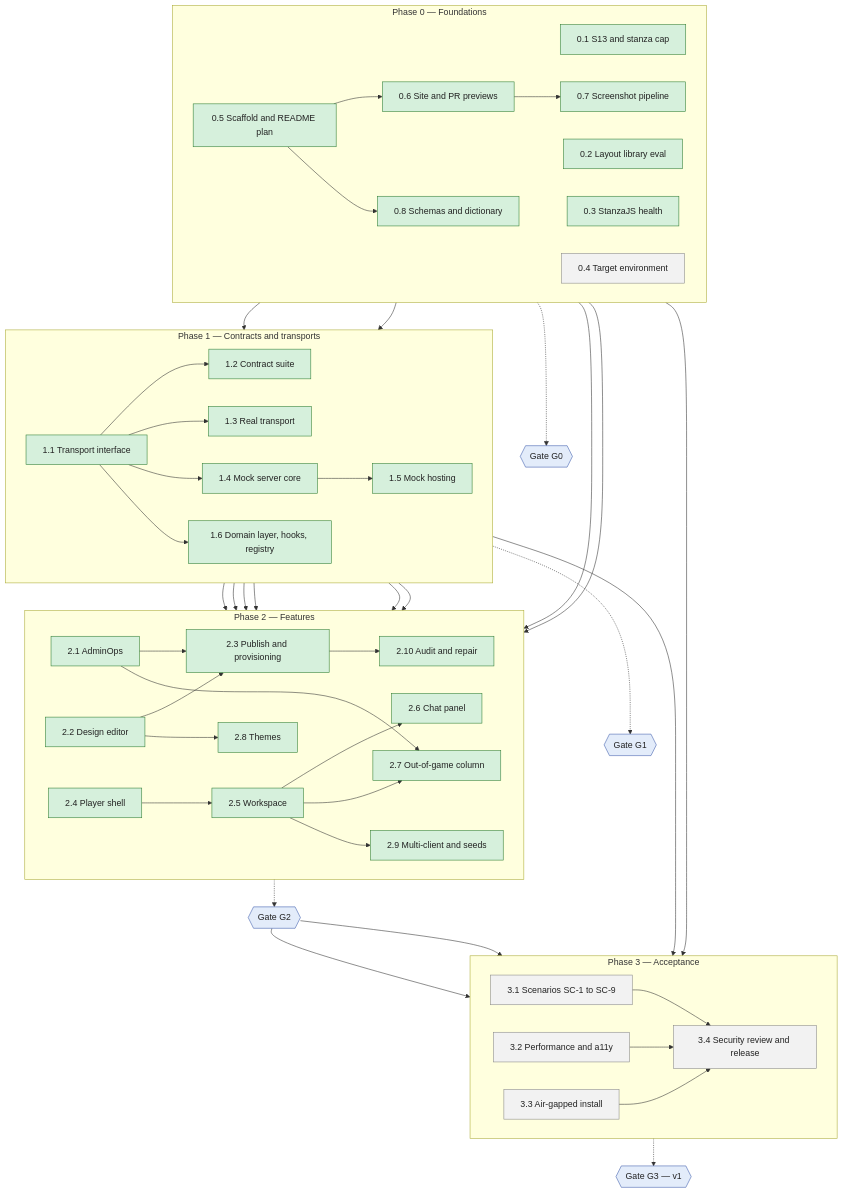
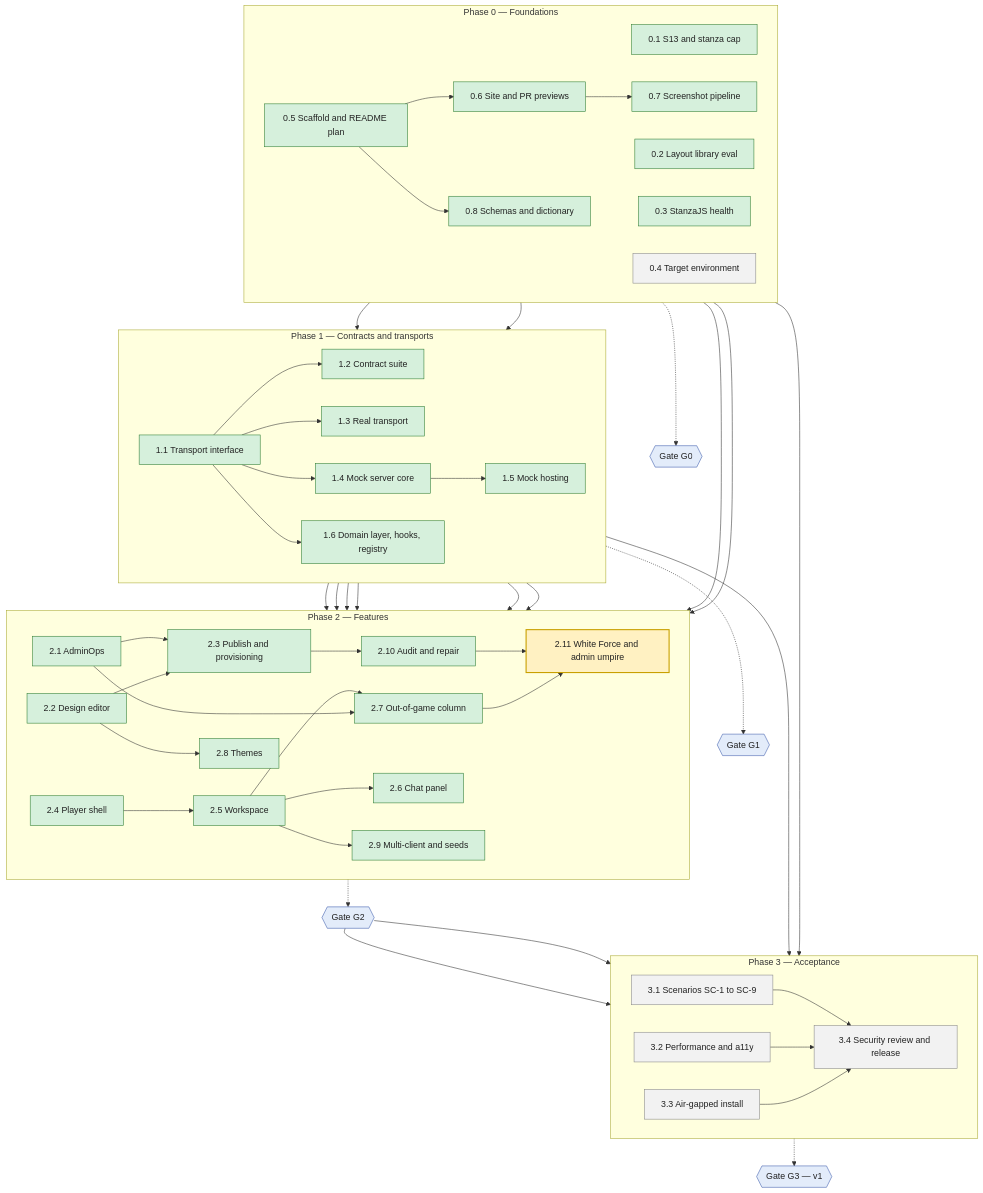
Before and after one commit to serge-web/war-rooms-x2: the diagram in README.md, drawn with Mermaid. The commit also changed 3 other files, not shown here.

First line of the commit message:
SRD: the White Force, the admin as umpire, and White observers' rooms; add WP 2.11

````diff
--- a/README.md
+++ b/README.md
@@ -9,76 +9,79 @@
 ```mermaid
 flowchart TB
     subgraph P0["Phase 0 — Foundations"]
         direction LR
         wp01["0.1 S13 and stanza cap"]
         wp02["0.2 Layout library eval"]
         wp03["0.3 StanzaJS health"]
         wp04["0.4 Target environment"]
         wp05["0.5 Scaffold and README plan"]
         wp06["0.6 Site and PR previews"]
         wp07["0.7 Screenshot pipeline"]
         wp08["0.8 Schemas and dictionary"]
     end
     subgraph P1["Phase 1 — Contracts and transports"]
         direction LR
         wp11["1.1 Transport interface"]
         wp12["1.2 Contract suite"]
         wp13["1.3 Real transport"]
         wp14["1.4 Mock server core"]
         wp15["1.5 Mock hosting"]
         wp16["1.6 Domain layer, hooks, registry"]
     end
     subgraph P2["Phase 2 — Features"]
         direction LR
         wp21["2.1 AdminOps"]
         wp22["2.2 Design editor"]
         wp23["2.3 Publish and provisioning"]
         wp210["2.10 Audit and repair"]
+        wp211["2.11 White Force and admin umpire"]
         wp24["2.4 Player shell"]
         wp25["2.5 Workspace"]
         wp26["2.6 Chat panel"]
         wp27["2.7 Out-of-game column"]
         wp28["2.8 Themes"]
         wp29["2.9 Multi-client and seeds"]
     end
     subgraph P3["Phase 3 — Acceptance"]
         direction LR
         wp31["3.1 Scenarios SC-1 to SC-9"]
         wp32["3.2 Performance and a11y"]
         wp33["3.3 Air-gapped install"]
         wp34["3.4 Security review and release"]
     end
     G0{{"Gate G0"}}
     G1{{"Gate G1"}}
     G2{{"Gate G2"}}
     G3{{"Gate G3 — v1"}}
 
     wp05 --> wp06 --> wp07
     wp05 --> wp08
     wp03 & wp08 --> wp11
     wp11 --> wp12 & wp13 & wp14 & wp16
     wp14 --> wp15
     wp13 & wp16 & wp01 --> wp21
     wp16 --> wp22
     wp21 & wp22 --> wp23 --> wp210
+    wp210 & wp27 --> wp211
     wp16 --> wp24
     wp02 & wp24 --> wp25 --> wp26
     wp25 & wp21 --> wp27
     wp16 & wp22 --> wp28
     wp15 & wp25 --> wp29
     wp04 & wp13 --> wp33
     wp31 & wp32 & wp33 --> wp34
     P0 -.-> G0
     P1 -.-> G1
     P2 -.-> G2
     G2 --> wp31 & wp32
     P3 -.-> G3
 
     classDef todo fill:#f2f2f2,stroke:#888,color:#222
     classDef active fill:#fff1c2,stroke:#c9a000,color:#222,stroke-width:2px
     classDef done fill:#d6f0dc,stroke:#2e7d32,color:#222
     classDef gate fill:#e3ecfa,stroke:#3b5bab,color:#222
+    class wp211 active
     class wp04,wp31,wp32,wp33,wp34 todo
     class wp01,wp02,wp03,wp05,wp06,wp07,wp08,wp11,wp12,wp13,wp14,wp15,wp16,wp21,wp22,wp23,wp24,wp25,wp26,wp27,wp28,wp29,wp210 done
     class G0,G1,G2,G3 gate
 ```
````
